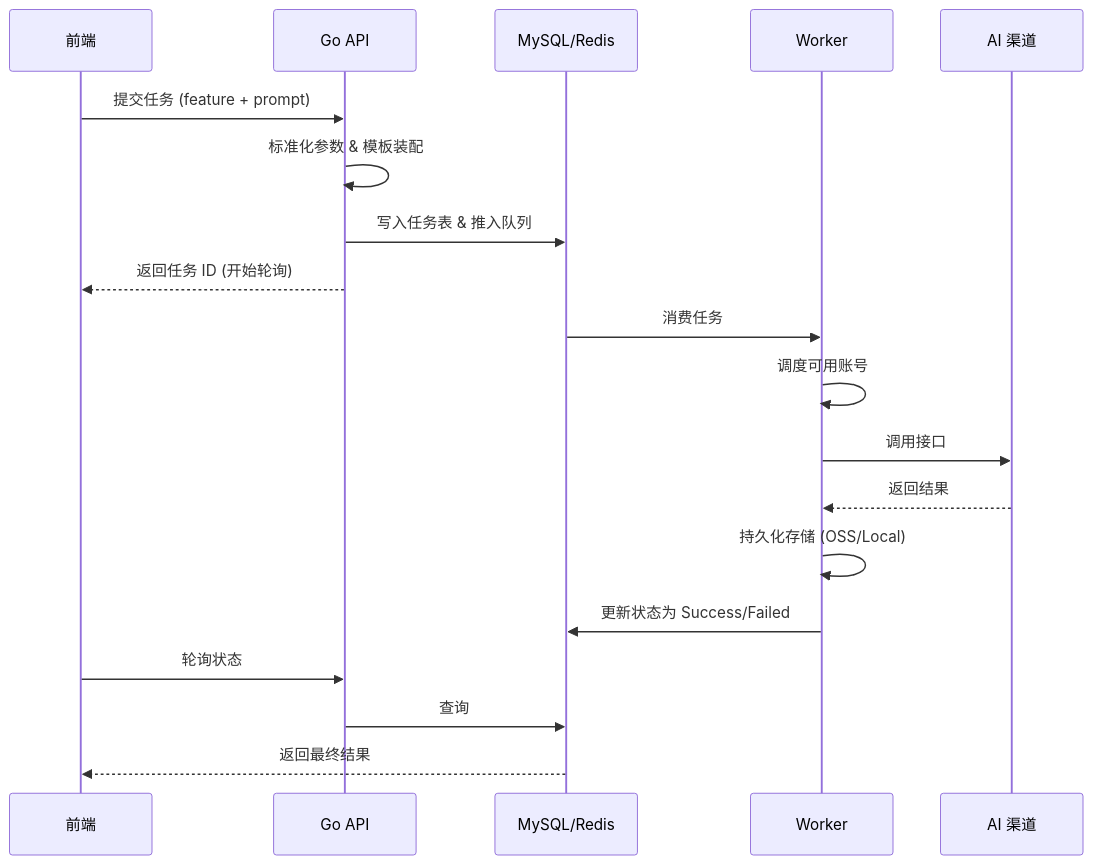
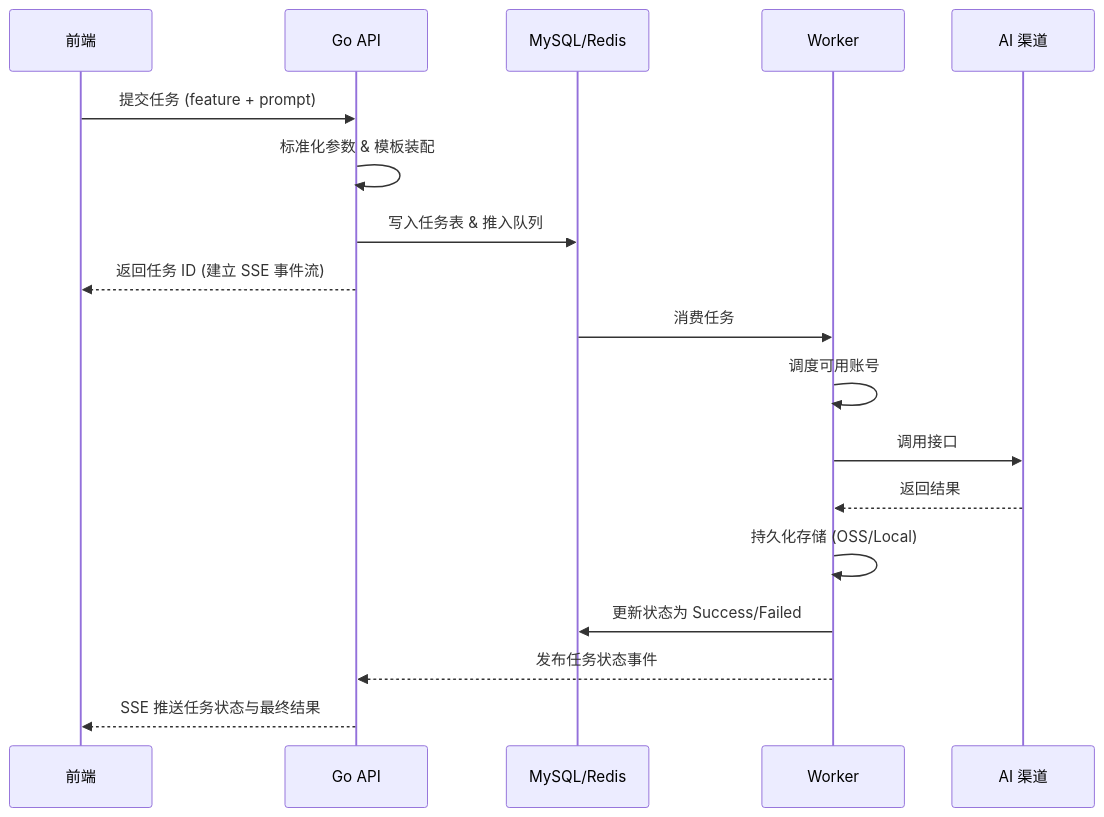
Before and after one commit to Ericsunsk/IdeaBoard: the second of 2 diagrams in DEVELOPMENT.md, drawn with Mermaid. The commit also changed other lines of this file and 2 other files, not shown here.

Commit message:
docs: update changelog and architecture docs for SSE and Model removal

````diff
--- a/DEVELOPMENT.md
+++ b/DEVELOPMENT.md
@@ -164,24 +165,23 @@
 ```mermaid
 sequenceDiagram
     participant FE as 前端
     participant API as Go API
     participant DB as MySQL/Redis
     participant WK as Worker
     participant AI as AI 渠道
 
     FE->>API: 提交任务 (feature + prompt)
     API->>API: 标准化参数 & 模板装配
     API->>DB: 写入任务表 & 推入队列
-    API-->>FE: 返回任务 ID (开始轮询)
+    API-->>FE: 返回任务 ID (建立 SSE 事件流)
     
     DB->>WK: 消费任务
     WK->>WK: 调度可用账号
     WK->>AI: 调用接口
     AI-->>WK: 返回结果
     WK->>WK: 持久化存储 (OSS/Local)
     WK->>DB: 更新状态为 Success/Failed
     
-    FE->>API: 轮询状态
-    API->>DB: 查询
-    DB-->>FE: 返回最终结果
+    WK-->>API: 发布任务状态事件
+    API-->>FE: SSE 推送任务状态与最终结果
 ```
````
